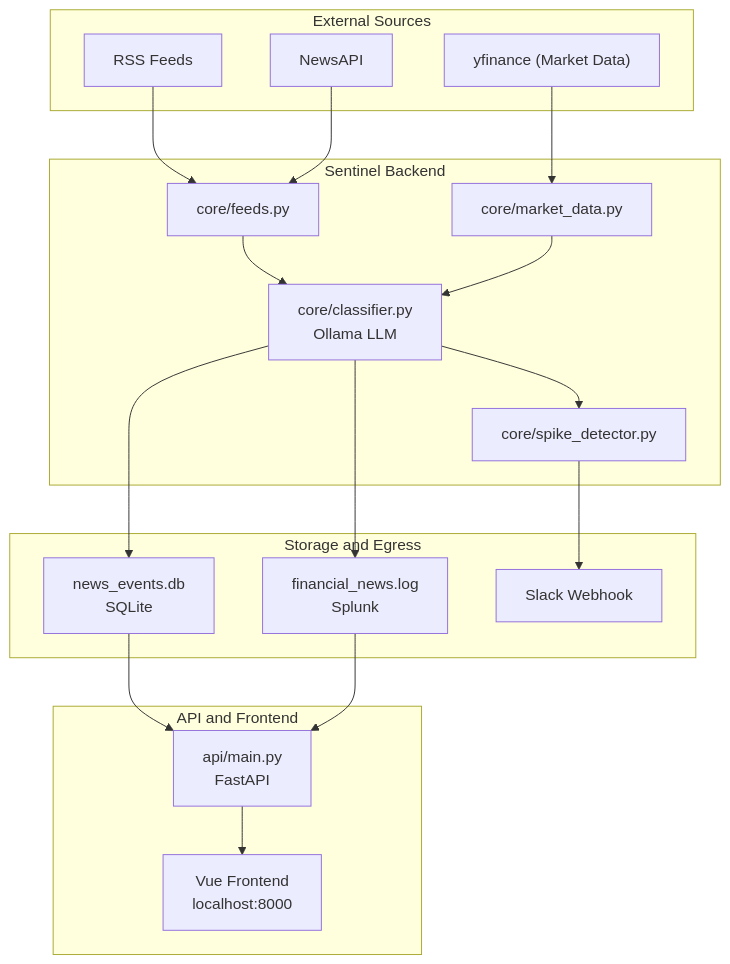
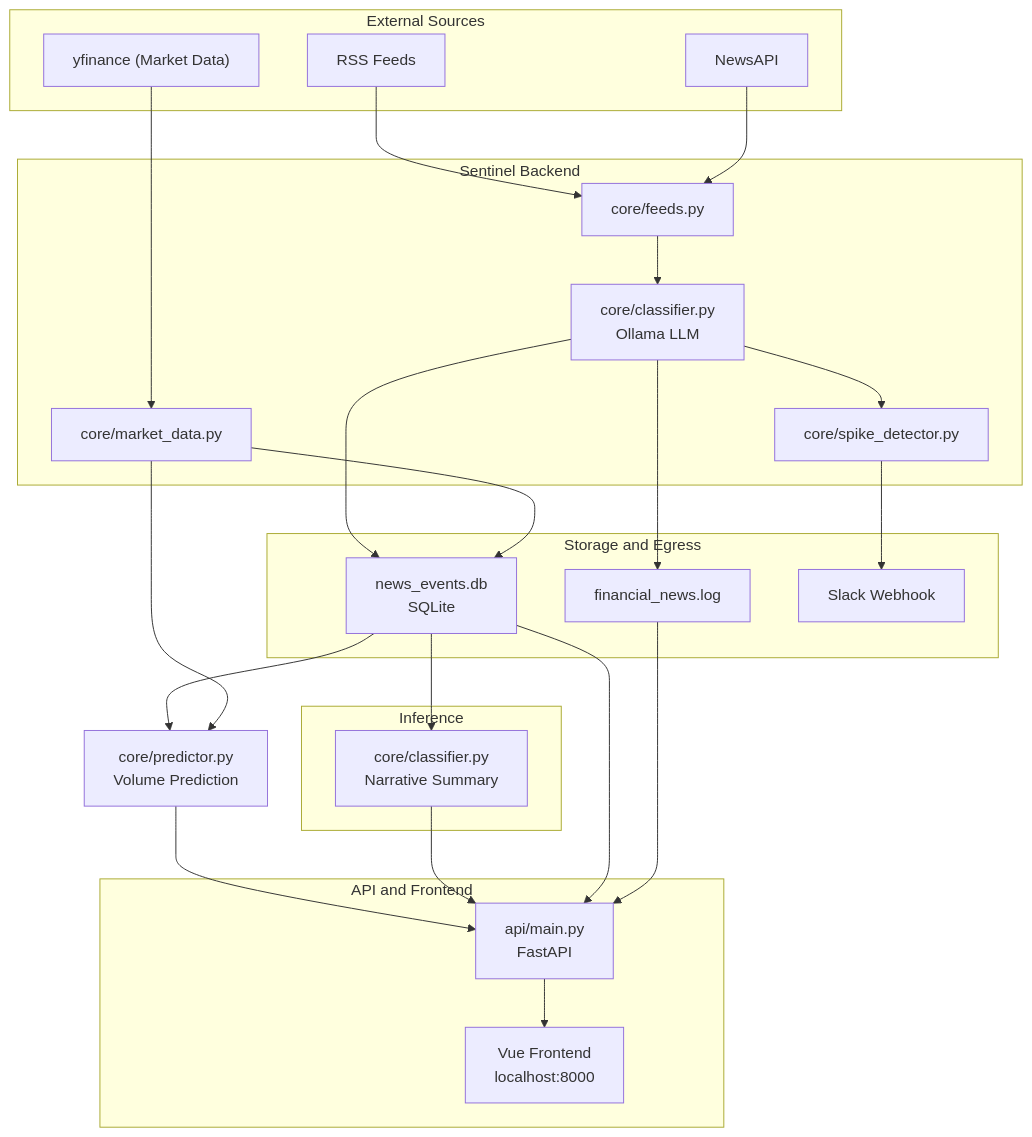
One commit to kilgorjn/Sentinel changed the second of 2 diagrams in README.md. Above: the diagram before and after it, drawn with Mermaid. The commit also changed other lines of this file and 5 other files, not shown here.

First line of the commit message:
feat: add brokerage login volume prediction

````diff
--- a/README.md
+++ b/README.md
@@ -9,42 +50,54 @@
 ```mermaid
 flowchart TD
     subgraph sources["External Sources"]
         RSS["RSS Feeds"]
         NEWSAPI["NewsAPI"]
         YF["yfinance (Market Data)"]
     end
 
     subgraph backend["Sentinel Backend"]
         feeds["core/feeds.py"]
         market["core/market_data.py"]
         classifier["core/classifier.py<br/>Ollama LLM"]
         spike["core/spike_detector.py"]
     end
 
     subgraph egress["Storage and Egress"]
         db["news_events.db<br/>SQLite"]
-        log["financial_news.log<br/>Splunk"]
+        log["financial_news.log"]
         slack["Slack Webhook"]
+    end
+
+    predictor["core/predictor.py<br/>Volume Prediction"]
+
+    subgraph inference["Inference"]
+        narrative["core/classifier.py<br/>Narrative Summary"]
     end
 
     subgraph apifrontend["API and Frontend"]
         api["api/main.py<br/>FastAPI"]
         ui["Vue Frontend<br/>localhost:8000"]
     end
 
     RSS --> feeds
     NEWSAPI --> feeds
     YF --> market
 
     feeds --> classifier
-    market --> classifier
 
     classifier --> spike
     classifier --> db
     classifier --> log
+    market --> db
     spike --> slack
 
+    db --> predictor
+    db --> narrative
+    market --> predictor
+
+    predictor --> api
+    narrative --> api
     db --> api
     log --> api
     api --> ui
 ```
````
